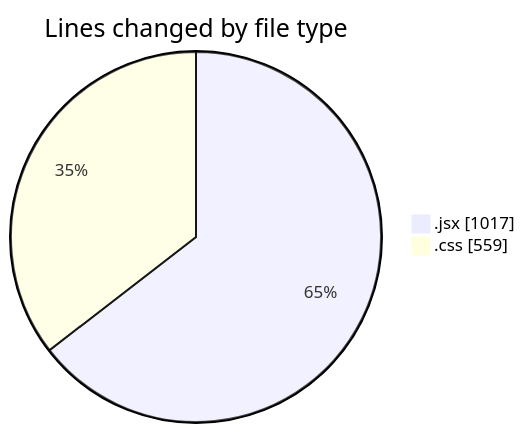
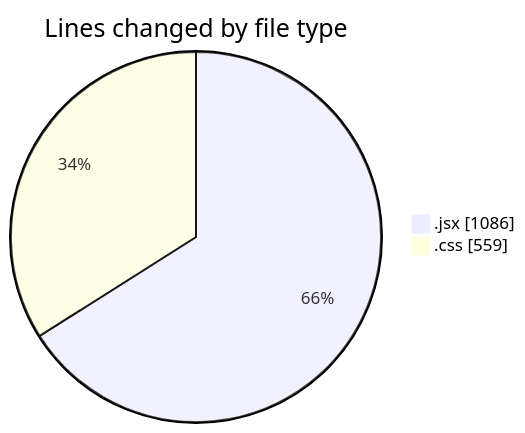
The first of 2 diagrams in 2025-05-08/react/README.md (BS-eng2023/code-tracking), drawn with Mermaid before and after one commit. The commit also changed other lines of this file and 1 other file, not shown here.

````diff
--- a/2025-05-08/react/README.md
+++ b/2025-05-08/react/README.md
@@ -28,6 +29,6 @@
 ```mermaid
 pie showData
 title Lines changed by file type
-".jsx" : 1017
+".jsx" : 1086
 ".css" : 559
 ```
````
